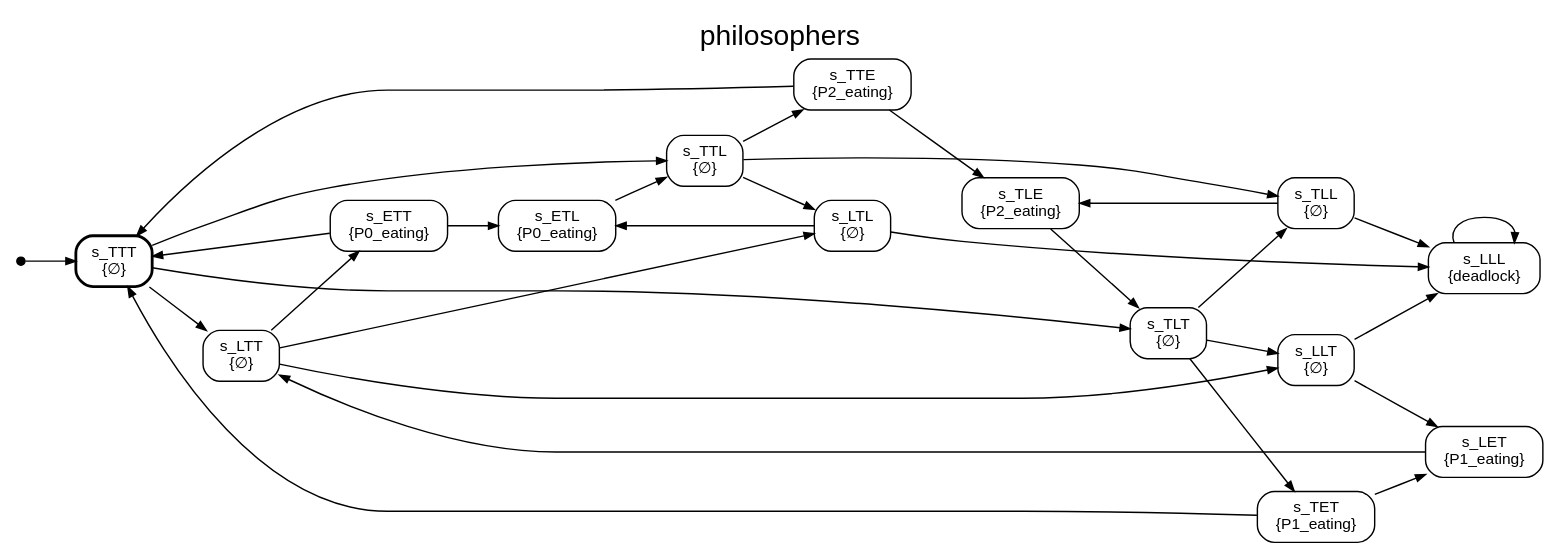
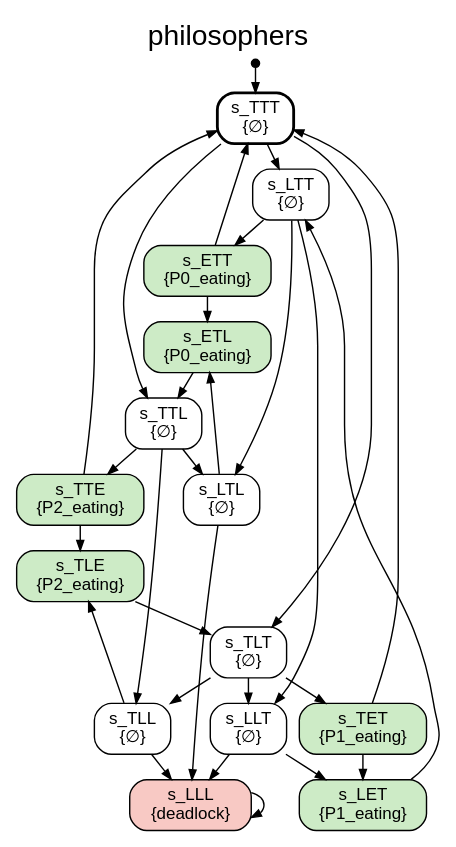
Before and after one commit to eylulebrar/blg345e-project: the diagram in report/diagrams/philosophers.dot, drawn with Graphviz. The commit also changed 68 other files, not shown here.

Commit message:
Merged report, extra tests, NuSMV comparison and diagram scripts

```diff
--- a/report/diagrams/philosophers.dot
+++ b/report/diagrams/philosophers.dot
@@ -1,50 +1,50 @@
 digraph G {
-  rankdir=LR;
+  rankdir=TB; nodesep=0.12; ranksep=0.25;
   label="philosophers"; labelloc=t; fontsize=20; fontname="Helvetica";
-  node [shape=box, style=rounded, fontname="Helvetica", fontsize=11];
+  node [shape=box, style=rounded, fontname="Helvetica", fontsize=12];
   edge [arrowsize=0.7];
   __start0 [shape=point, width=0.08];
   __start0 -> "s_TTT";
   "s_TTT" [label="s_TTT\n{∅}", penwidth=2];
   "s_LTT" [label="s_LTT\n{∅}"];
   "s_TLT" [label="s_TLT\n{∅}"];
   "s_TTL" [label="s_TTL\n{∅}"];
-  "s_ETT" [label="s_ETT\n{P0_eating}"];
-  "s_TET" [label="s_TET\n{P1_eating}"];
-  "s_TTE" [label="s_TTE\n{P2_eating}"];
+  "s_ETT" [label="s_ETT\n{P0_eating}", style="rounded,filled", fillcolor="#cdebc6"];
+  "s_TET" [label="s_TET\n{P1_eating}", style="rounded,filled", fillcolor="#cdebc6"];
+  "s_TTE" [label="s_TTE\n{P2_eating}", style="rounded,filled", fillcolor="#cdebc6"];
   "s_LLT" [label="s_LLT\n{∅}"];
   "s_LTL" [label="s_LTL\n{∅}"];
   "s_TLL" [label="s_TLL\n{∅}"];
-  "s_ETL" [label="s_ETL\n{P0_eating}"];
-  "s_LET" [label="s_LET\n{P1_eating}"];
-  "s_TLE" [label="s_TLE\n{P2_eating}"];
-  "s_LLL" [label="s_LLL\n{deadlock}"];
+  "s_ETL" [label="s_ETL\n{P0_eating}", style="rounded,filled", fillcolor="#cdebc6"];
+  "s_LET" [label="s_LET\n{P1_eating}", style="rounded,filled", fillcolor="#cdebc6"];
+  "s_TLE" [label="s_TLE\n{P2_eating}", style="rounded,filled", fillcolor="#cdebc6"];
+  "s_LLL" [label="s_LLL\n{deadlock}", style="rounded,filled", fillcolor="#f8c9c4"];
   "s_TTT" -> "s_LTT";
   "s_TTT" -> "s_TLT";
   "s_TTT" -> "s_TTL";
   "s_LTT" -> "s_ETT";
   "s_LTT" -> "s_LLT";
   "s_LTT" -> "s_LTL";
   "s_TLT" -> "s_LLT";
   "s_TLT" -> "s_TLL";
   "s_TLT" -> "s_TET";
   "s_TTL" -> "s_TLL";
   "s_TTL" -> "s_LTL";
   "s_TTL" -> "s_TTE";
   "s_ETT" -> "s_TTT";
   "s_ETT" -> "s_ETL";
   "s_TET" -> "s_TTT";
   "s_TET" -> "s_LET";
   "s_TTE" -> "s_TTT";
   "s_TTE" -> "s_TLE";
   "s_LLT" -> "s_LLL";
   "s_LLT" -> "s_LET";
   "s_LTL" -> "s_LLL";
   "s_LTL" -> "s_ETL";
   "s_TLL" -> "s_LLL";
   "s_TLL" -> "s_TLE";
   "s_ETL" -> "s_TTL";
   "s_LET" -> "s_LTT";
   "s_TLE" -> "s_TLT";
   "s_LLL" -> "s_LLL";
 }
```
